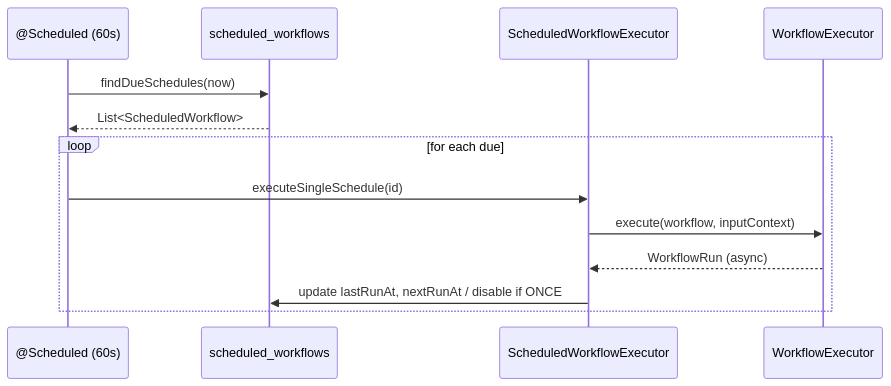
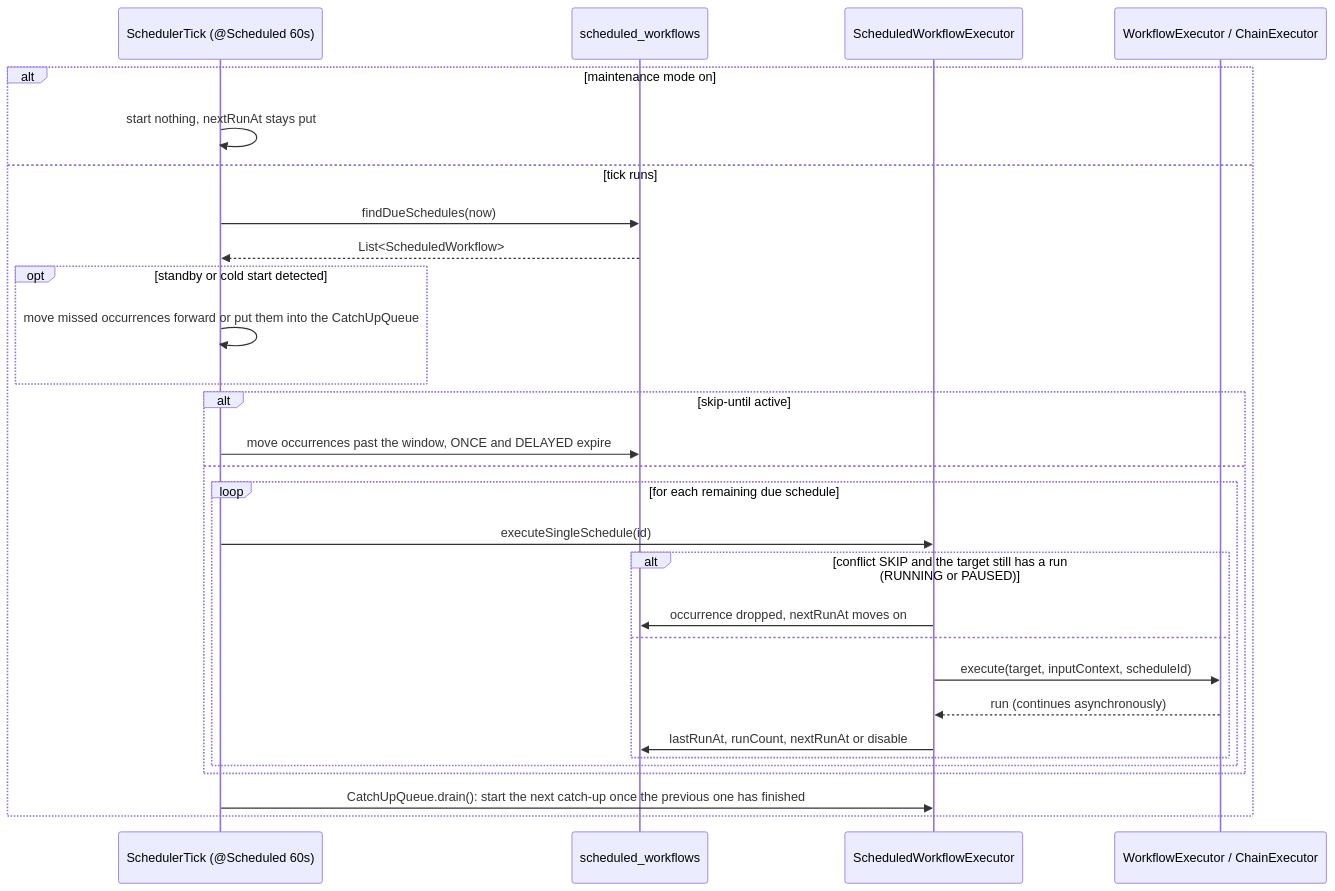
The third of 3 diagrams in docs/en/scheduler-diagrams.md (FLSEST/MySuricates), drawn with Mermaid before and after one commit. The commit also changed other lines of this file and 5 other files, not shown here.

First line of the commit message:
docs(diagramme): Scheduler page describes SchedulerTick, DELAYED, conflict and catch-up

````diff
--- a/docs/en/scheduler-diagrams.md
+++ b/docs/en/scheduler-diagrams.md
@@ -60,16 +68,32 @@
 ```mermaid
 sequenceDiagram
-    participant CRON as @Scheduled (60s)
+    participant CRON as SchedulerTick (@Scheduled 60s)
     participant DB as scheduled_workflows
     participant EX as ScheduledWorkflowExecutor
-    participant WE as WorkflowExecutor
+    participant WE as WorkflowExecutor / ChainExecutor
 
-    CRON->>DB: findDueSchedules(now)
-    DB-->>CRON: List<ScheduledWorkflow>
-    loop for each due
-        CRON->>EX: executeSingleSchedule(id)
-        EX->>WE: execute(workflow, inputContext)
-        WE-->>EX: WorkflowRun (async)
-        EX->>DB: update lastRunAt, nextRunAt / disable if ONCE
+    alt maintenance mode on
+        CRON->>CRON: start nothing, nextRunAt stays put
+    else tick runs
+        CRON->>DB: findDueSchedules(now)
+        DB-->>CRON: List<ScheduledWorkflow>
+        opt standby or cold start detected
+            CRON->>CRON: move missed occurrences forward or put them into the CatchUpQueue
+        end
+        alt skip-until active
+            CRON->>DB: move occurrences past the window, ONCE and DELAYED expire
+        else
+            loop for each remaining due schedule
+                CRON->>EX: executeSingleSchedule(id)
+                alt conflict SKIP and the target still has a run (RUNNING or PAUSED)
+                    EX->>DB: occurrence dropped, nextRunAt moves on
+                else
+                    EX->>WE: execute(target, inputContext, scheduleId)
+                    WE-->>EX: run (continues asynchronously)
+                    EX->>DB: lastRunAt, runCount, nextRunAt or disable
+                end
+            end
+        end
+        CRON->>EX: CatchUpQueue.drain(): start the next catch-up once the previous one has finished
     end
 ```
````
